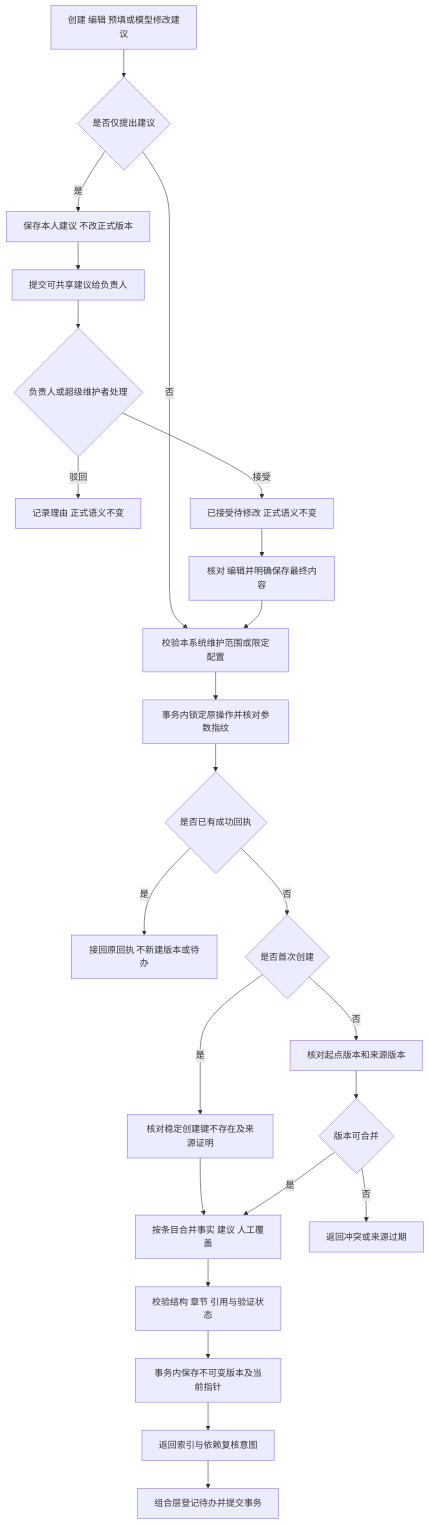
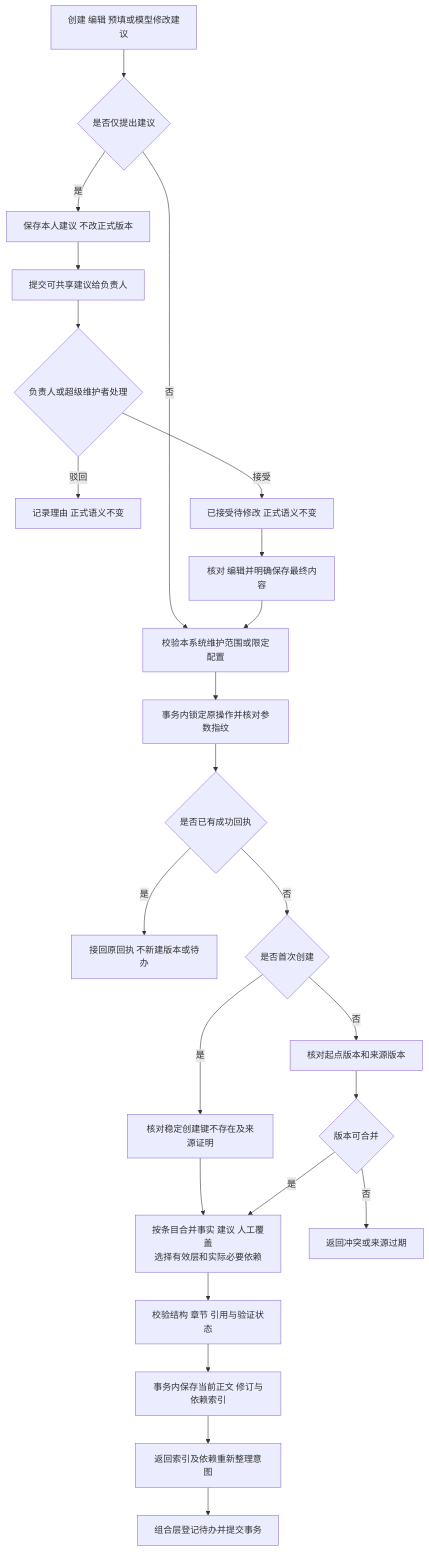
Before and after one commit to yaoziyaoguai/data_agent: the fourth of 11 diagrams in docs/architecture/knowledge-modules.md, drawn with Mermaid. The commit also changed other lines of this file and 55 other files, not shown here.

````diff
--- a/docs/architecture/knowledge-modules.md
+++ b/docs/architecture/knowledge-modules.md
@@ -221,26 +225,26 @@
 ```mermaid
 flowchart TD
     A[创建 编辑 预填或模型修改建议] --> P{是否仅提出建议}
     P -->|是| Q[保存本人建议 不改正式版本]
     Q --> Submit[提交可共享建议给负责人]
     Submit --> Decision{负责人或超级维护者处理}
     Decision -->|驳回| Rejected[记录理由 正式语义不变]
     Decision -->|接受| Accepted[已接受待修改 正式语义不变]
     Accepted --> R[核对 编辑并明确保存最终内容]
     P -->|否| S[校验本系统维护范围或限定配置]
     R --> S
     S --> O[事务内锁定原操作并核对参数指纹]
     O --> J{是否已有成功回执}
     J -->|是| T[接回原回执 不新建版本或待办]
     J -->|否| N{是否首次创建}
     N -->|是| K[核对稳定创建键不存在及来源证明]
     N -->|否| B[核对起点版本和来源版本]
     K --> E
     B --> C{版本可合并}
     C -->|否| D[返回冲突或来源过期]
-    C -->|是| E[按条目合并事实 建议 人工覆盖]
+    C -->|是| E[按条目合并事实 建议 人工覆盖<br/>选择有效层和实际必要依赖]
     E --> F[校验结构 章节 引用与验证状态]
-    F --> G[事务内保存不可变版本及当前指针]
-    G --> H[返回索引与依赖复核意图]
+    F --> G[事务内保存当前正文 修订与依赖索引]
+    G --> H[返回索引及依赖重新整理意图]
     H --> I[组合层登记待办并提交事务]
 ```
````
